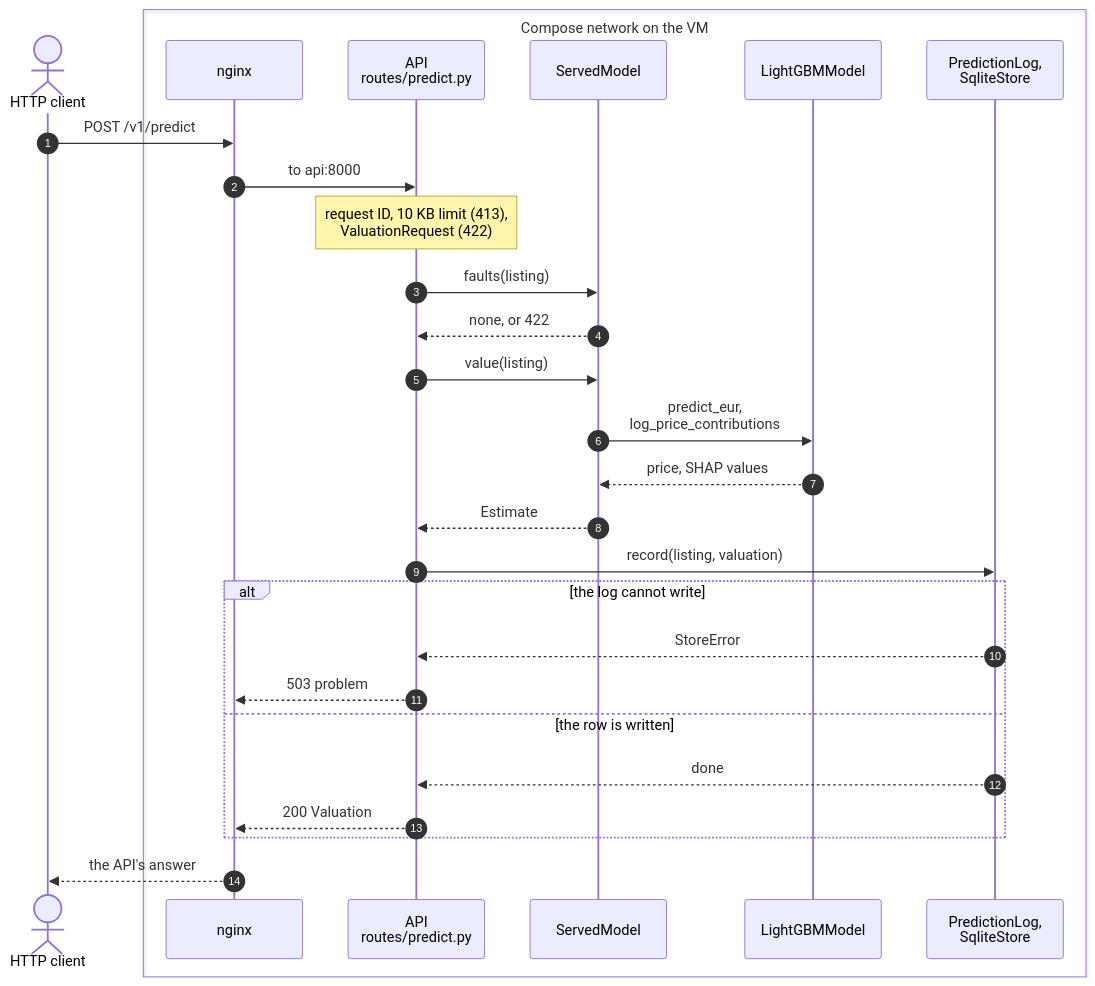
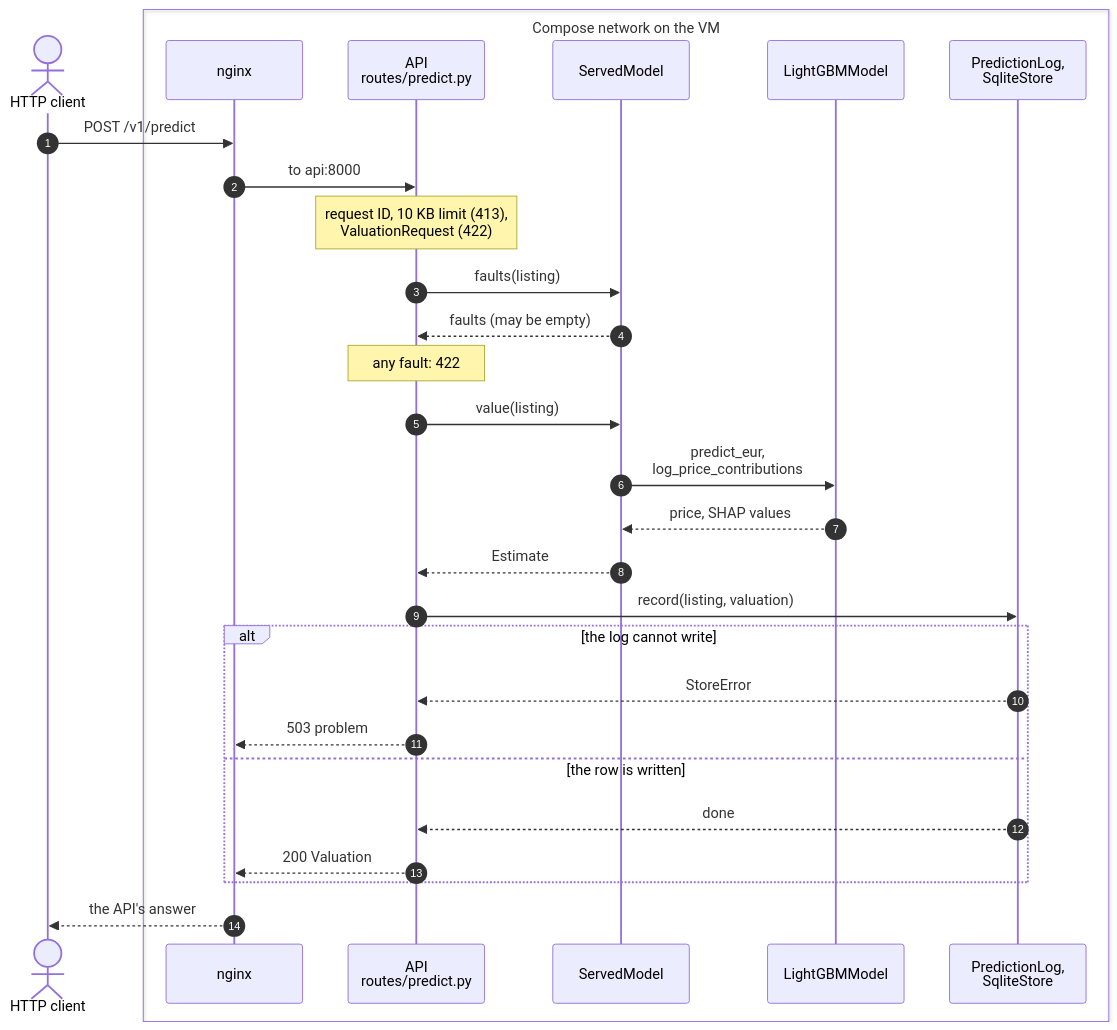
The sixth of 8 diagrams in docs/docs/architecture.md (mlops-2627q1-mds-upc/MLOPS_Recommenditos), drawn with Mermaid before and after one commit. The commit also changed other lines of this file, not shown here.

````diff
--- a/docs/docs/architecture.md
+++ b/docs/docs/architecture.md
@@ -305,31 +310,32 @@
 ```mermaid
 sequenceDiagram
     autonumber
     actor client as HTTP client
     box Compose network on the VM
         participant proxy as nginx
         participant api as API<br/>routes/predict.py
         participant served as ServedModel
         participant model as LightGBMModel
         participant log as PredictionLog,<br/>SqliteStore
     end
 
     client->>proxy: POST /v1/predict
     proxy->>api: to api:8000
     Note over api: request ID, 10 KB limit (413),<br/>ValuationRequest (422)
     api->>served: faults(listing)
-    served-->>api: none, or 422
+    served-->>api: faults (may be empty)
+    Note over api: any fault: 422
     api->>served: value(listing)
     served->>model: predict_eur,<br/>log_price_contributions
     model-->>served: price, SHAP values
     served-->>api: Estimate
     api->>log: record(listing, valuation)
     alt the log cannot write
         log-->>api: StoreError
         api-->>proxy: 503 problem
     else the row is written
         log-->>api: done
         api-->>proxy: 200 Valuation
     end
     proxy-->>client: the API's answer
 ```
````
